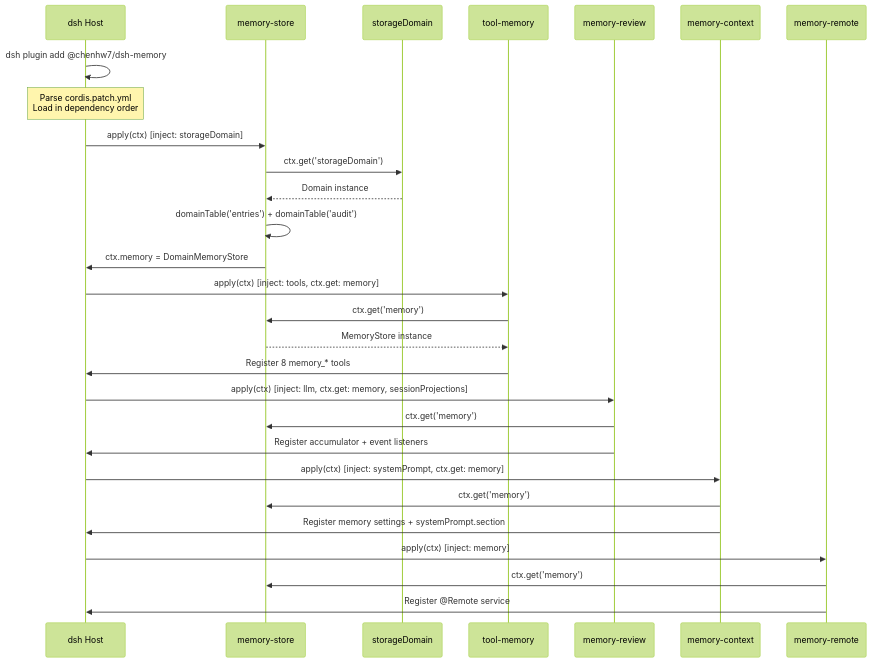
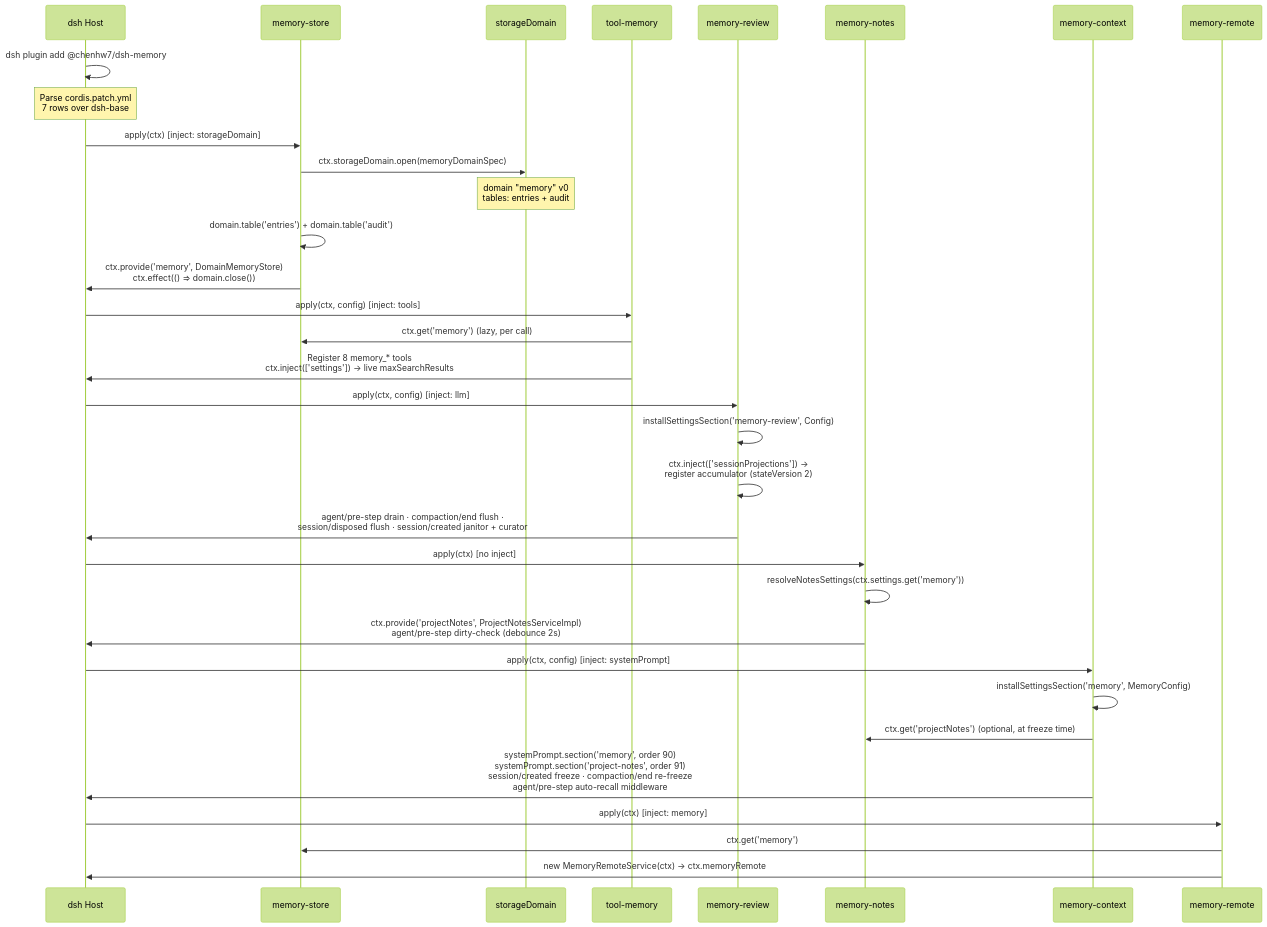
Before and after one commit to chenhw7/dsh-memory: the first of 14 diagrams in docs/SEQUENCE_DIAGRAMS.md, drawn with Mermaid (forest theme). The commit also changed other lines of this file and 5 other files, not shown here.

First line of the commit message:
docs: sync README / TECH_DESIGN / SEQUENCE_DIAGRAMS with the v0.3.0 implementation

````diff
--- a/docs/SEQUENCE_DIAGRAMS.md
+++ b/docs/SEQUENCE_DIAGRAMS.md
@@ -14,36 +14,42 @@
 ```mermaid
 sequenceDiagram
     participant Host as dsh Host
     participant Store as memory-store
     participant SD as storageDomain
     participant Tool as tool-memory
     participant Review as memory-review
+    participant Notes as memory-notes
     participant Context as memory-context
     participant Remote as memory-remote
 
     Host->>Host: dsh plugin add @chenhw7/dsh-memory
-    Note over Host: Parse cordis.patch.yml<br/>Load in dependency order
+    Note over Host: Parse cordis.patch.yml<br/>7 rows over dsh-base
 
     Host->>Store: apply(ctx) [inject: storageDomain]
-    Store->>SD: ctx.get('storageDomain')
-    SD-->>Store: Domain instance
-    Store->>Store: domainTable('entries') + domainTable('audit')
-    Store->>Host: ctx.memory = DomainMemoryStore
+    Store->>SD: ctx.storageDomain.open(memoryDomainSpec)
+    Note over SD: domain "memory" v0<br/>tables: entries + audit
+    Store->>Store: domain.table('entries') + domain.table('audit')
+    Store->>Host: ctx.provide('memory', DomainMemoryStore)<br/>ctx.effect(() => domain.close())
 
-    Host->>Tool: apply(ctx) [inject: tools, ctx.get: memory]
-    Tool->>Store: ctx.get('memory')
-    Store-->>Tool: MemoryStore instance
-    Tool->>Host: Register 8 memory_* tools
+    Host->>Tool: apply(ctx, config) [inject: tools]
+    Tool->>Store: ctx.get('memory') (lazy, per call)
+    Tool->>Host: Register 8 memory_* tools<br/>ctx.inject(['settings']) → live maxSearchResults
 
-    Host->>Review: apply(ctx) [inject: llm, ctx.get: memory, sessionProjections]
-    Review->>Store: ctx.get('memory')
-    Review->>Host: Register accumulator + event listeners
+    Host->>Review: apply(ctx, config) [inject: llm]
+    Review->>Review: installSettingsSection('memory-review', Config)
+    Review->>Review: ctx.inject(['sessionProjections']) →<br/>register accumulator (stateVersion 2)
+    Review->>Host: agent/pre-step drain · compaction/end flush ·<br/>session/disposed flush · session/created janitor + curator
 
-    Host->>Context: apply(ctx) [inject: systemPrompt, ctx.get: memory]
-    Context->>Store: ctx.get('memory')
-    Context->>Host: Register memory settings + systemPrompt.section
+    Host->>Notes: apply(ctx) [no inject]
+    Notes->>Notes: resolveNotesSettings(ctx.settings.get('memory'))
+    Notes->>Host: ctx.provide('projectNotes', ProjectNotesServiceImpl)<br/>agent/pre-step dirty-check (debounce 2s)
+
+    Host->>Context: apply(ctx, config) [inject: systemPrompt]
+    Context->>Context: installSettingsSection('memory', MemoryConfig)
+    Context->>Notes: ctx.get('projectNotes') (optional, at freeze time)
+    Context->>Host: systemPrompt.section('memory', order 90)<br/>systemPrompt.section('project-notes', order 91)<br/>session/created freeze · compaction/end re-freeze<br/>agent/pre-step auto-recall middleware
 
     Host->>Remote: apply(ctx) [inject: memory]
     Remote->>Store: ctx.get('memory')
-    Remote->>Host: Register @Remote service
+    Remote->>Host: new MemoryRemoteService(ctx) → ctx.memoryRemote
 ```
````
